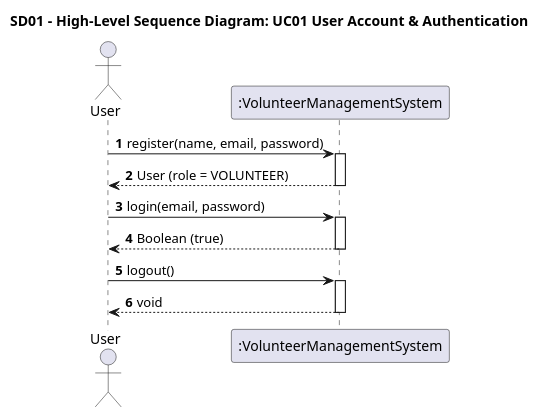
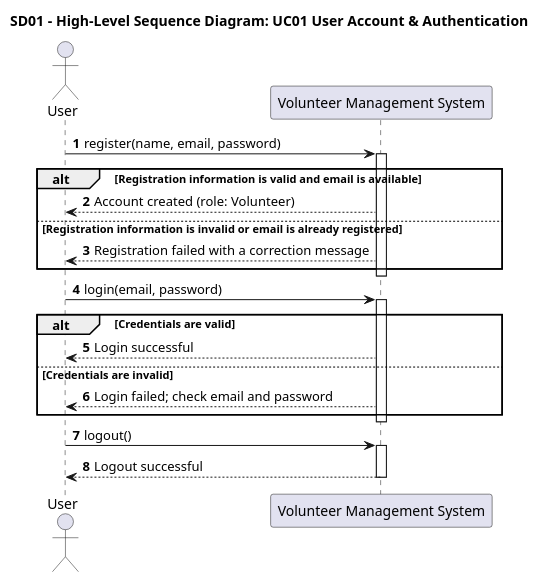
The diagram in uml/sequence-diagrams/SD01_High_Level_UC01_Auth.puml (LeenQasem/SE-project-group8), drawn with PlantUML before and after one commit. The commit also changed 7 other files, not shown here.

```diff
--- a/uml/sequence-diagrams/SD01_High_Level_UC01_Auth.puml
+++ b/uml/sequence-diagrams/SD01_High_Level_UC01_Auth.puml
@@ -1,19 +1,29 @@
 @startuml SD01_High_Level_UC01_Auth
 title SD01 - High-Level Sequence Diagram: UC01 User Account & Authentication
 autonumber
 actor User
-participant ":VolunteerManagementSystem" as System
+participant "Volunteer Management System" as System
 
 User -> System : register(name, email, password)
 activate System
-System --> User : User (role = VOLUNTEER)
+alt Registration information is valid and email is available
+    System --> User : Account created (role: Volunteer)
+else Registration information is invalid or email is already registered
+    System --> User : Registration failed with a correction message
+end
 deactivate System
+
 User -> System : login(email, password)
 activate System
-System --> User : Boolean (true)
+alt Credentials are valid
+    System --> User : Login successful
+else Credentials are invalid
+    System --> User : Login failed; check email and password
+end
 deactivate System
+
 User -> System : logout()
 activate System
-System --> User : void
+System --> User : Logout successful
 deactivate System
 @enduml
```
